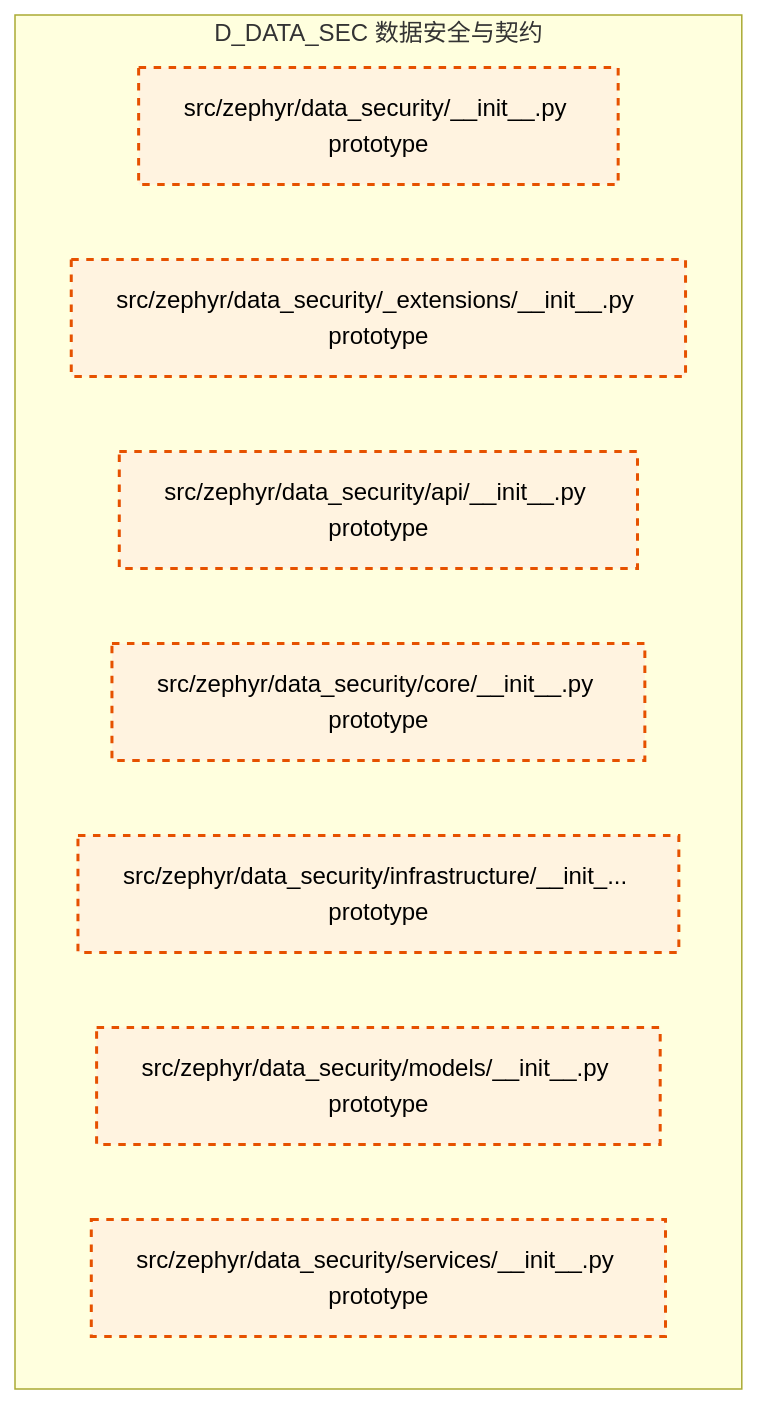
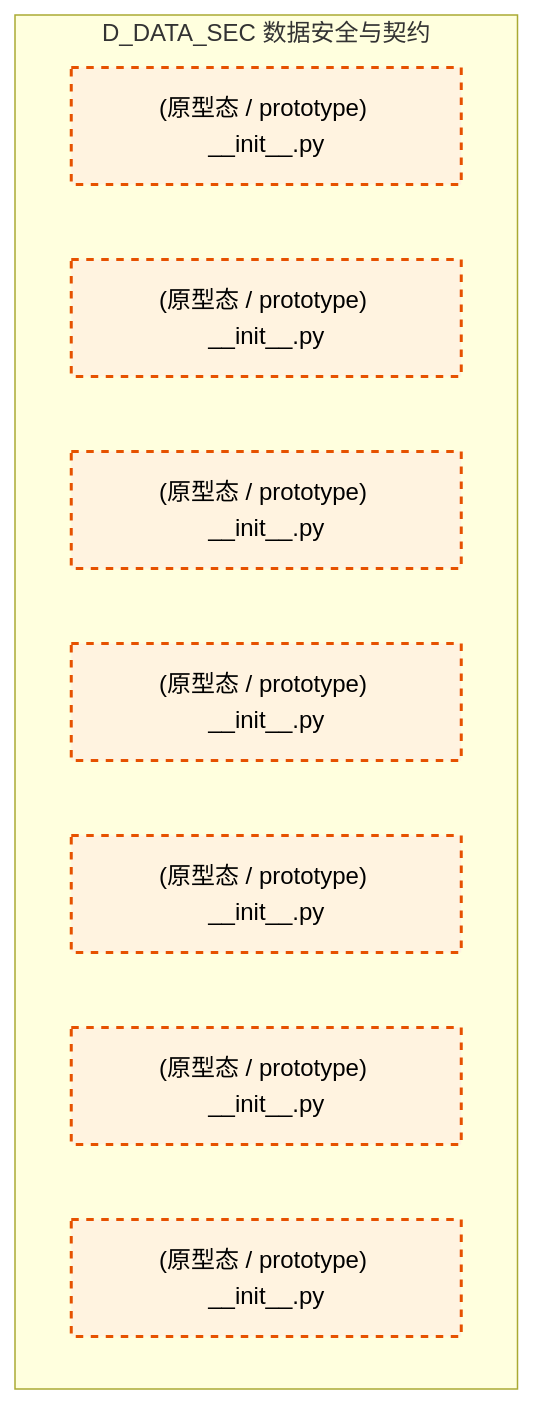
The diagram in docs/02_enterprise_architecture/02_domain_architecture_docs/10_d_data_sec.md (xuanFelixVan/ZephyrAlpha), drawn with Mermaid before and after one commit. The commit also changed other lines of this file and 100 other files, not shown here.

````diff
--- a/docs/02_enterprise_architecture/02_domain_architecture_docs/10_d_data_sec.md
+++ b/docs/02_enterprise_architecture/02_domain_architecture_docs/10_d_data_sec.md
@@ -47,17 +49,17 @@
 ```mermaid
 graph TD
     subgraph D_DATA_SEC["D_DATA_SEC 数据安全与契约"]
-        src_zephyr_data_security_init_py["src/zephyr/data_security/__init__.py prototype"]
-        src_zephyr_data_security_extensions_init_py["src/zephyr/data_security/_extensions/__init__.py prototype"]
-        src_zephyr_data_security_api_init_py["src/zephyr/data_security/api/__init__.py prototype"]
-        src_zephyr_data_security_core_init_py["src/zephyr/data_security/core/__init__.py prototype"]
-        src_zephyr_data_security_infrastructure_init_py["src/zephyr/data_security/infrastructure/__init_... prototype"]
-        src_zephyr_data_security_models_init_py["src/zephyr/data_security/models/__init__.py prototype"]
-        src_zephyr_data_security_services_init_py["src/zephyr/data_security/services/__init__.py prototype"]
+        src_zephyr_data_security_init_py["(原型态 / prototype) __init__.py"]
+        src_zephyr_data_security_extensions_init_py["(原型态 / prototype) __init__.py"]
+        src_zephyr_data_security_api_init_py["(原型态 / prototype) __init__.py"]
+        src_zephyr_data_security_core_init_py["(原型态 / prototype) __init__.py"]
+        src_zephyr_data_security_infrastructure_init_py["(原型态 / prototype) __init__.py"]
+        src_zephyr_data_security_models_init_py["(原型态 / prototype) __init__.py"]
+        src_zephyr_data_security_services_init_py["(原型态 / prototype) __init__.py"]
     end
     classDef production fill:#e1f5fe,stroke:#01579b,stroke-width:2px,color:#000
     classDef design fill:#fff3e0,stroke:#e65100,stroke-width:2px,color:#000,stroke-dasharray: 5 5
     classDef external_prod fill:#e8f5e9,stroke:#1b5e20,stroke-width:1px,color:#000
     classDef external_design fill:#fce4ec,stroke:#880e4f,stroke-width:1px,color:#000,stroke-dasharray: 5 5
     class src_zephyr_data_security_init_py,src_zephyr_data_security_extensions_init_py,src_zephyr_data_security_api_init_py,src_zephyr_data_security_core_init_py,src_zephyr_data_security_infrastructure_init_py,src_zephyr_data_security_models_init_py,src_zephyr_data_security_services_init_py design
 ```
````
